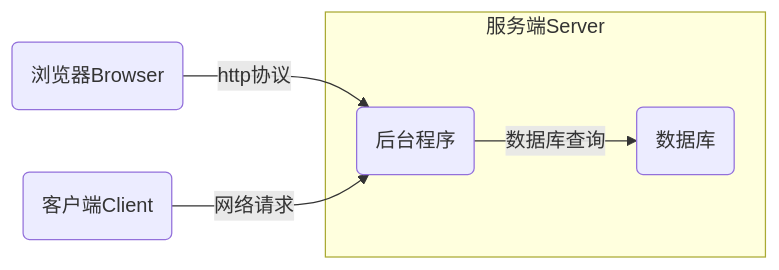
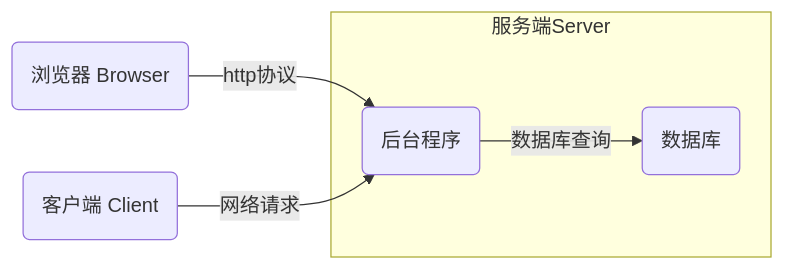
The second of 2 diagrams in coder.md (hughxusu/lesson-index), drawn with Mermaid before and after one commit. The commit also changed other lines of this file and 1 other file, not shown here.

````diff
--- a/coder.md
+++ b/coder.md
@@ -14,8 +16,8 @@
 ```mermaid
 flowchart LR
-    a(浏览器Browser) -- http协议 --> c(后台程序)
-    b(客户端Client) -- 网络请求 --> c
+    a(浏览器 Browser) -- http协议 --> c(后台程序)
+    b(客户端 Client) -- 网络请求 --> c
     subgraph 服务端Server
     c -- 数据库查询 --> d(数据库)
     end
 ```
````
